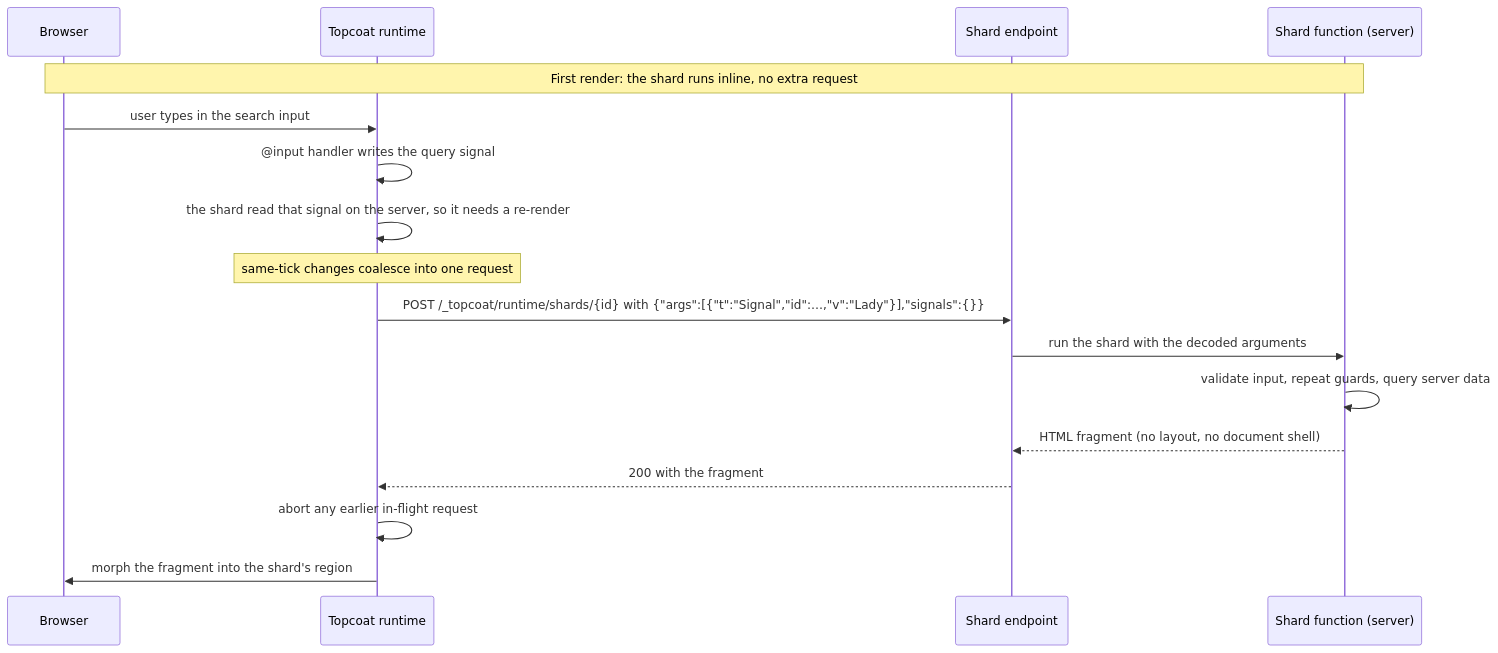
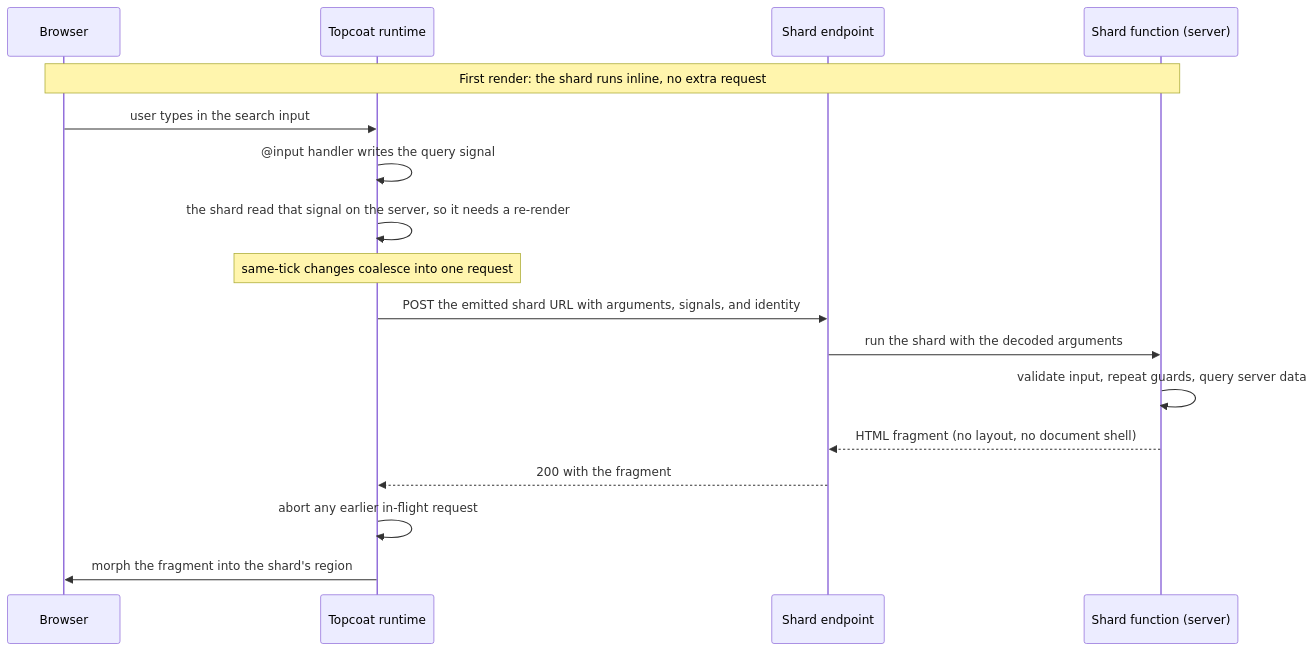
The diagram in docs/src/01-concepts/reactivity-options.md (penrynjohnp/Topcoat-Workshop), drawn with Mermaid before and after one commit. The commit also changed other lines of this file and 160 other files, not shown here.

````diff
--- a/docs/src/01-concepts/reactivity-options.md
+++ b/docs/src/01-concepts/reactivity-options.md
@@ -71,20 +72,20 @@
 ```mermaid
 sequenceDiagram
     participant B as Browser
     participant R as Topcoat runtime
     participant S as Shard endpoint
     participant A as Shard function (server)
 
     Note over B,A: First render: the shard runs inline, no extra request
     B->>R: user types in the search input
     R->>R: @input handler writes the query signal
     R->>R: the shard read that signal on the server, so it needs a re-render
     Note over R: same-tick changes coalesce into one request
-    R->>S: POST /_topcoat/runtime/shards/{id} with {"args":[{"t":"Signal","id":…,"v":"Lady"}],"signals":{}}
+    R->>S: POST the emitted shard URL with arguments, signals, and identity
     S->>A: run the shard with the decoded arguments
     A->>A: validate input, repeat guards, query server data
     A-->>S: HTML fragment (no layout, no document shell)
     S-->>R: 200 with the fragment
     R->>R: abort any earlier in-flight request
     R->>B: morph the fragment into the shard's region
 ```
````
